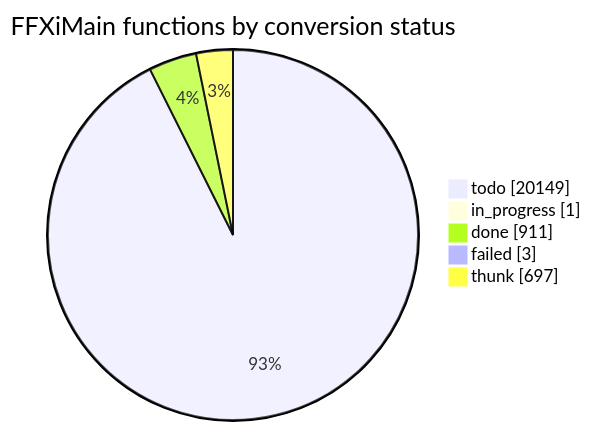
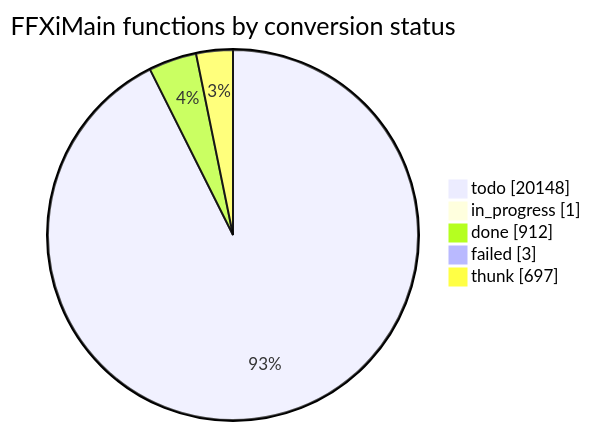
Before and after one commit to cowrevenge/cow_kuluu_xi_anything: the diagram in docs/cow/STATUS.md, drawn with Mermaid. The commit also changed other lines of this file and 9 other files, not shown here.

````diff
--- a/docs/cow/STATUS.md
+++ b/docs/cow/STATUS.md
@@ -18,9 +18,9 @@
 ```mermaid
 pie showData
     title FFXiMain functions by conversion status
-    "todo" : 20149
+    "todo" : 20148
     "in_progress" : 1
-    "done" : 911
+    "done" : 912
     "failed" : 3
     "thunk" : 697
 ```
````
